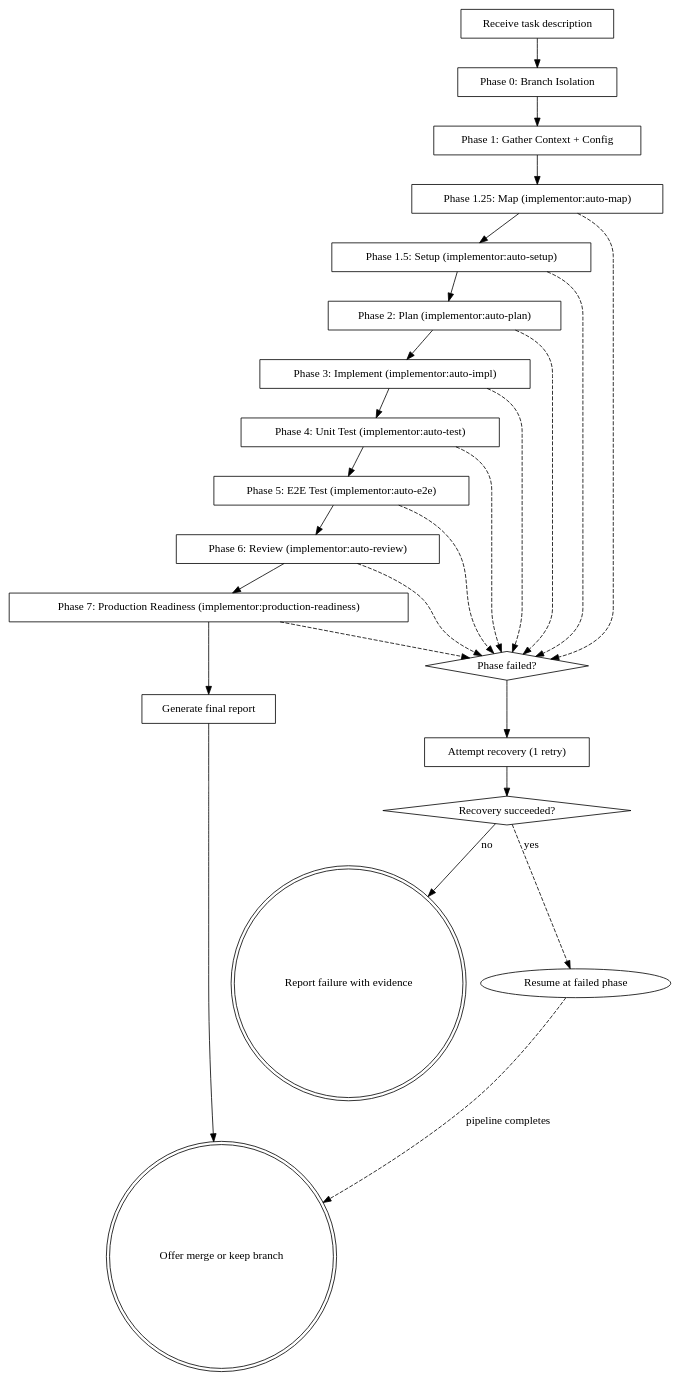
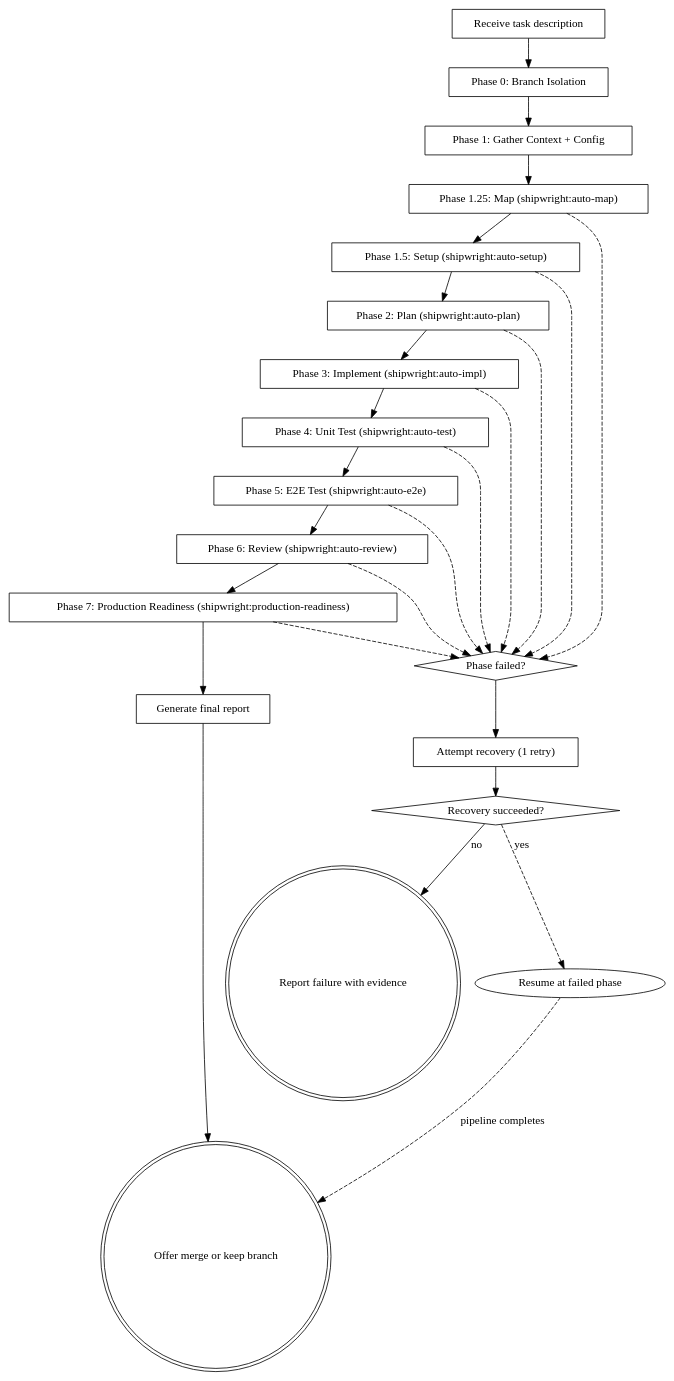
One commit to hybriden/shipwright changed the diagram in skills/run/SKILL.md. Above: the diagram before and after it, drawn with Graphviz. The commit also changed other lines of this file and 24 other files, not shown here.

````diff
--- a/skills/run/SKILL.md
+++ b/skills/run/SKILL.md
@@ -36,50 +36,50 @@
 ```dot
 digraph run_pipeline {
     rankdir=TB;
 
     "Receive task description" [shape=box];
     "Phase 0: Branch Isolation" [shape=box];
     "Phase 1: Gather Context + Config" [shape=box];
-    "Phase 1.25: Map (implementor:auto-map)" [shape=box];
-    "Phase 1.5: Setup (implementor:auto-setup)" [shape=box];
-    "Phase 2: Plan (implementor:auto-plan)" [shape=box];
-    "Phase 3: Implement (implementor:auto-impl)" [shape=box];
-    "Phase 4: Unit Test (implementor:auto-test)" [shape=box];
-    "Phase 5: E2E Test (implementor:auto-e2e)" [shape=box];
-    "Phase 6: Review (implementor:auto-review)" [shape=box];
-    "Phase 7: Production Readiness (implementor:production-readiness)" [shape=box];
+    "Phase 1.25: Map (shipwright:auto-map)" [shape=box];
+    "Phase 1.5: Setup (shipwright:auto-setup)" [shape=box];
+    "Phase 2: Plan (shipwright:auto-plan)" [shape=box];
+    "Phase 3: Implement (shipwright:auto-impl)" [shape=box];
+    "Phase 4: Unit Test (shipwright:auto-test)" [shape=box];
+    "Phase 5: E2E Test (shipwright:auto-e2e)" [shape=box];
+    "Phase 6: Review (shipwright:auto-review)" [shape=box];
+    "Phase 7: Production Readiness (shipwright:production-readiness)" [shape=box];
     "Generate final report" [shape=box];
     "Offer merge or keep branch" [shape=doublecircle];
     "Phase failed?" [shape=diamond];
     "Attempt recovery (1 retry)" [shape=box];
     "Recovery succeeded?" [shape=diamond];
     "Report failure with evidence" [shape=doublecircle];
 
     "Receive task description" -> "Phase 0: Branch Isolation";
     "Phase 0: Branch Isolation" -> "Phase 1: Gather Context + Config";
-    "Phase 1: Gather Context + Config" -> "Phase 1.25: Map (implementor:auto-map)";
-    "Phase 1.25: Map (implementor:auto-map)" -> "Phase 1.5: Setup (implementor:auto-setup)";
-    "Phase 1.5: Setup (implementor:auto-setup)" -> "Phase 2: Plan (implementor:auto-plan)";
-    "Phase 2: Plan (implementor:auto-plan)" -> "Phase 3: Implement (implementor:auto-impl)";
-    "Phase 3: Implement (implementor:auto-impl)" -> "Phase 4: Unit Test (implementor:auto-test)";
-    "Phase 4: Unit Test (implementor:auto-test)" -> "Phase 5: E2E Test (implementor:auto-e2e)";
-    "Phase 5: E2E Test (implementor:auto-e2e)" -> "Phase 6: Review (implementor:auto-review)";
-    "Phase 6: Review (implementor:auto-review)" -> "Phase 7: Production Readiness (implementor:production-readiness)";
-    "Phase 7: Production Readiness (implementor:production-readiness)" -> "Generate final report";
+    "Phase 1: Gather Context + Config" -> "Phase 1.25: Map (shipwright:auto-map)";
+    "Phase 1.25: Map (shipwright:auto-map)" -> "Phase 1.5: Setup (shipwright:auto-setup)";
+    "Phase 1.5: Setup (shipwright:auto-setup)" -> "Phase 2: Plan (shipwright:auto-plan)";
+    "Phase 2: Plan (shipwright:auto-plan)" -> "Phase 3: Implement (shipwright:auto-impl)";
+    "Phase 3: Implement (shipwright:auto-impl)" -> "Phase 4: Unit Test (shipwright:auto-test)";
+    "Phase 4: Unit Test (shipwright:auto-test)" -> "Phase 5: E2E Test (shipwright:auto-e2e)";
+    "Phase 5: E2E Test (shipwright:auto-e2e)" -> "Phase 6: Review (shipwright:auto-review)";
+    "Phase 6: Review (shipwright:auto-review)" -> "Phase 7: Production Readiness (shipwright:production-readiness)";
+    "Phase 7: Production Readiness (shipwright:production-readiness)" -> "Generate final report";
     "Generate final report" -> "Offer merge or keep branch";
 
-    "Phase 1.25: Map (implementor:auto-map)" -> "Phase failed?" [style=dashed];
-    "Phase 1.5: Setup (implementor:auto-setup)" -> "Phase failed?" [style=dashed];
-    "Phase 2: Plan (implementor:auto-plan)" -> "Phase failed?" [style=dashed];
-    "Phase 3: Implement (implementor:auto-impl)" -> "Phase failed?" [style=dashed];
-    "Phase 4: Unit Test (implementor:auto-test)" -> "Phase failed?" [style=dashed];
-    "Phase 5: E2E Test (implementor:auto-e2e)" -> "Phase failed?" [style=dashed];
-    "Phase 6: Review (implementor:auto-review)" -> "Phase failed?" [style=dashed];
-    "Phase 7: Production Readiness (implementor:production-readiness)" -> "Phase failed?" [style=dashed];
+    "Phase 1.25: Map (shipwright:auto-map)" -> "Phase failed?" [style=dashed];
+    "Phase 1.5: Setup (shipwright:auto-setup)" -> "Phase failed?" [style=dashed];
+    "Phase 2: Plan (shipwright:auto-plan)" -> "Phase failed?" [style=dashed];
+    "Phase 3: Implement (shipwright:auto-impl)" -> "Phase failed?" [style=dashed];
+    "Phase 4: Unit Test (shipwright:auto-test)" -> "Phase failed?" [style=dashed];
+    "Phase 5: E2E Test (shipwright:auto-e2e)" -> "Phase failed?" [style=dashed];
+    "Phase 6: Review (shipwright:auto-review)" -> "Phase failed?" [style=dashed];
+    "Phase 7: Production Readiness (shipwright:production-readiness)" -> "Phase failed?" [style=dashed];
     "Phase failed?" -> "Attempt recovery (1 retry)";
     "Attempt recovery (1 retry)" -> "Recovery succeeded?";
     "Recovery succeeded?" -> "Resume at failed phase" [label="yes" style=dashed];
     "Resume at failed phase" -> "Offer merge or keep branch" [label="pipeline completes" style=dashed];
     "Recovery succeeded?" -> "Report failure with evidence" [label="no"];
 }
 ```
````
